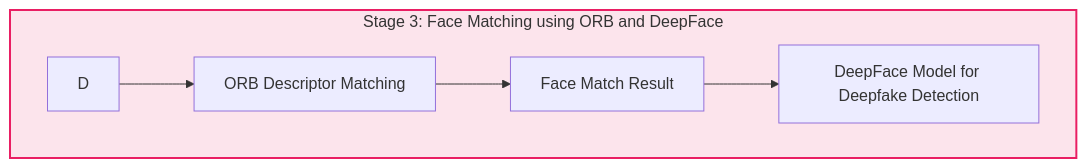
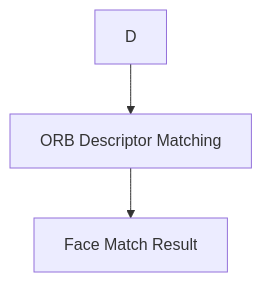
The third of 6 diagrams in README.md (Tharun-selladurai/face_liveliness_web_platform), drawn with Mermaid before and after one commit. The commit also changed other lines of this file, not shown here.

````diff
--- a/README.md
+++ b/README.md
@@ -48,8 +85,5 @@
-```mermaid
-graph TD;
-    subgraph Stage3[Stage 3: Face Matching using ORB and DeepFace]
-    style Stage3 fill:#FCE4EC,stroke:#E91E63,stroke-width:2px;
-        D --> E[ORB Descriptor Matching]
-        E --> F[Face Match Result] --> G[DeepFace Model for Deepfake Detection]
-    end
-```
+   ```mermaid
+   graph TD;
+       D --> E[ORB Descriptor Matching];
+       E --> F[Face Match Result];
+   ```
````
